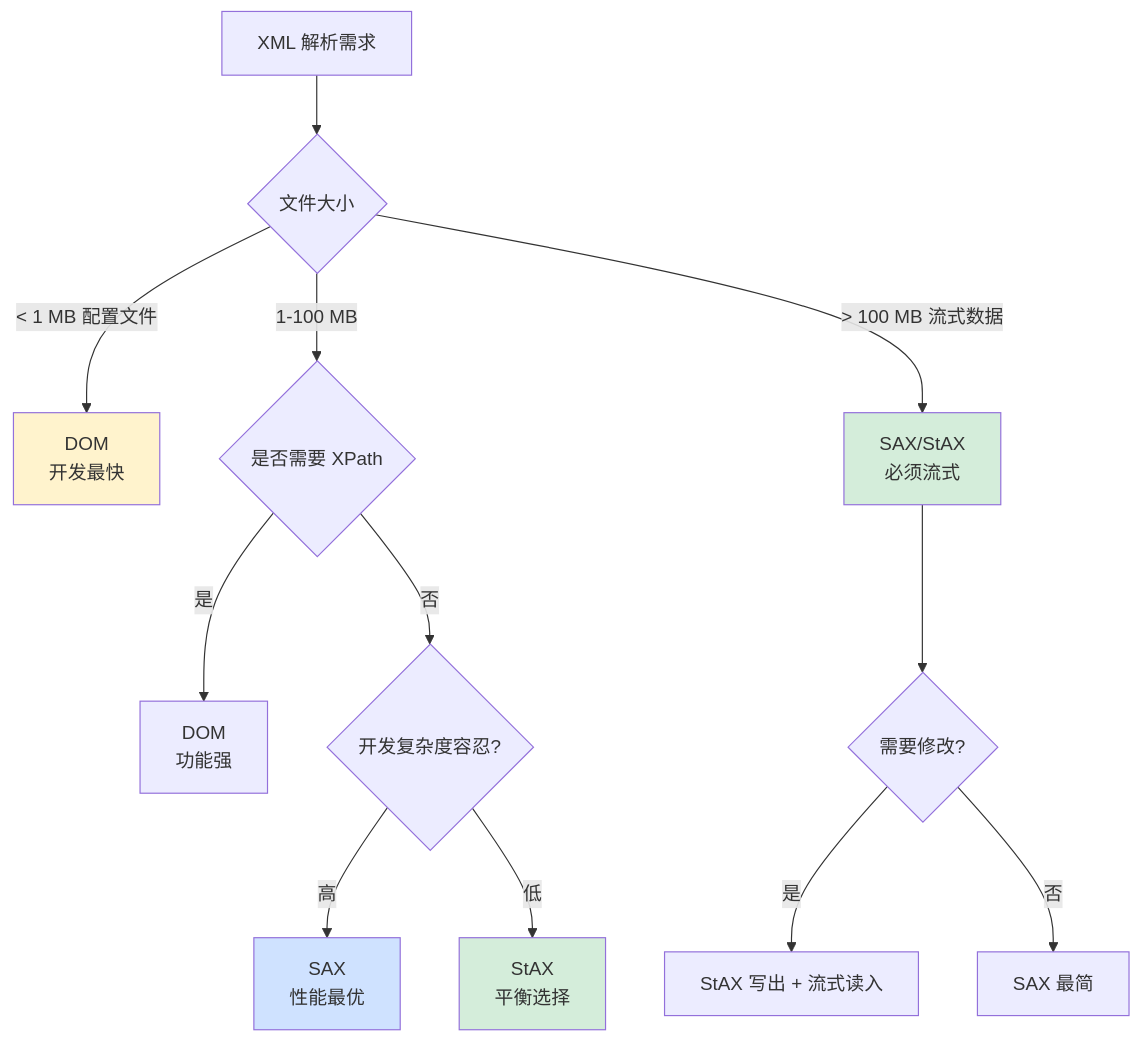
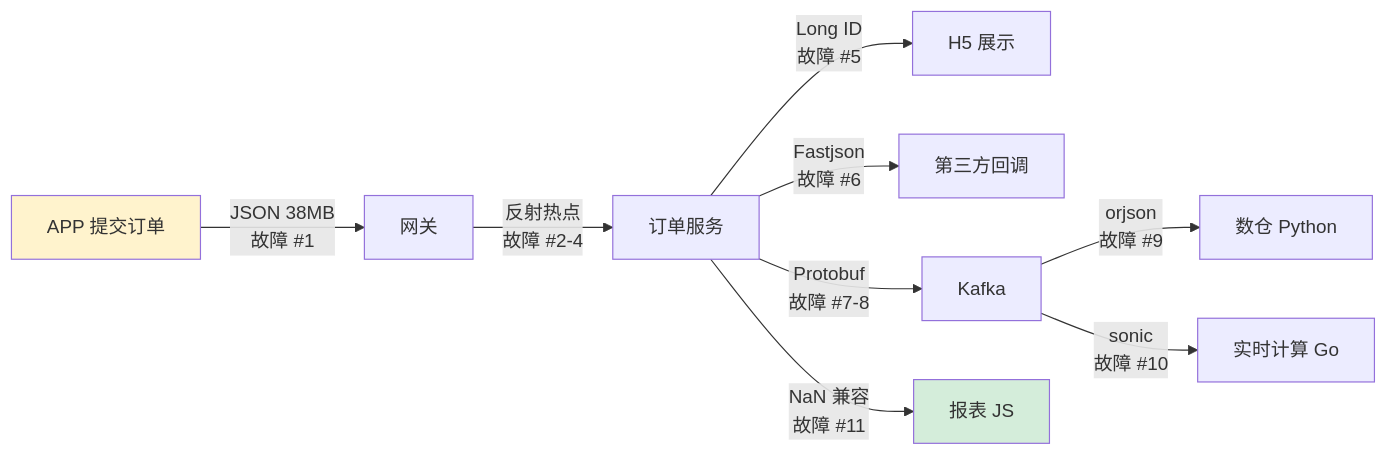
Before and after one commit to chongyang211/YCBookBlog: the fifth of 6 diagrams in docs/10.专栏/02.程序编程原理/02.数据的本质/09.数据解析设计思想.md, drawn with Mermaid. The commit also changed other lines of this file and 9 other files, not shown here.

````diff
--- a/docs/10.专栏/02.程序编程原理/02.数据的本质/09.数据解析设计思想.md
+++ b/docs/10.专栏/02.程序编程原理/02.数据的本质/09.数据解析设计思想.md
@@ -4363,23 +786,14 @@
 ```mermaid
-flowchart TD
-    A[XML 解析需求] --> B{文件大小}
-    
-    B -->|< 1 MB 配置文件| C[DOM<br/>开发最快]
-    B -->|1-100 MB| D{是否需要 XPath}
-    B -->|> 100 MB 流式数据| E[SAX/StAX<br/>必须流式]
-    
-    D -->|是| F[DOM<br/>功能强]
-    D -->|否| G{开发复杂度容忍?}
-    
-    G -->|高| H[SAX<br/>性能最优]
-    G -->|低| I[StAX<br/>平衡选择]
-    
-    E --> J{需要修改?}
-    J -->|是| K[StAX 写出 + 流式读入]
-    J -->|否| L[SAX 最简]
+flowchart LR
+    A[APP 提交订单] -->|JSON 38MB<br/>故障 #1| B[网关]
+    B -->|反射热点<br/>故障 #2-4| C[订单服务]
+    C -->|Long ID<br/>故障 #5| D[H5 展示]
+    C -->|Fastjson<br/>故障 #6| E[第三方回调]
+    C -->|Protobuf<br/>故障 #7-8| F[Kafka]
+    F -->|orjson<br/>故障 #9| G[数仓 Python]
+    F -->|sonic<br/>故障 #10| H[实时计算 Go]
+    C -->|NaN 兼容<br/>故障 #11| I[报表 JS]
 
-    style C fill:#fff3cd
-    style E fill:#d4edda
-    style H fill:#cfe2ff
+    style A fill:#fff3cd
     style I fill:#d4edda
 ```
````
